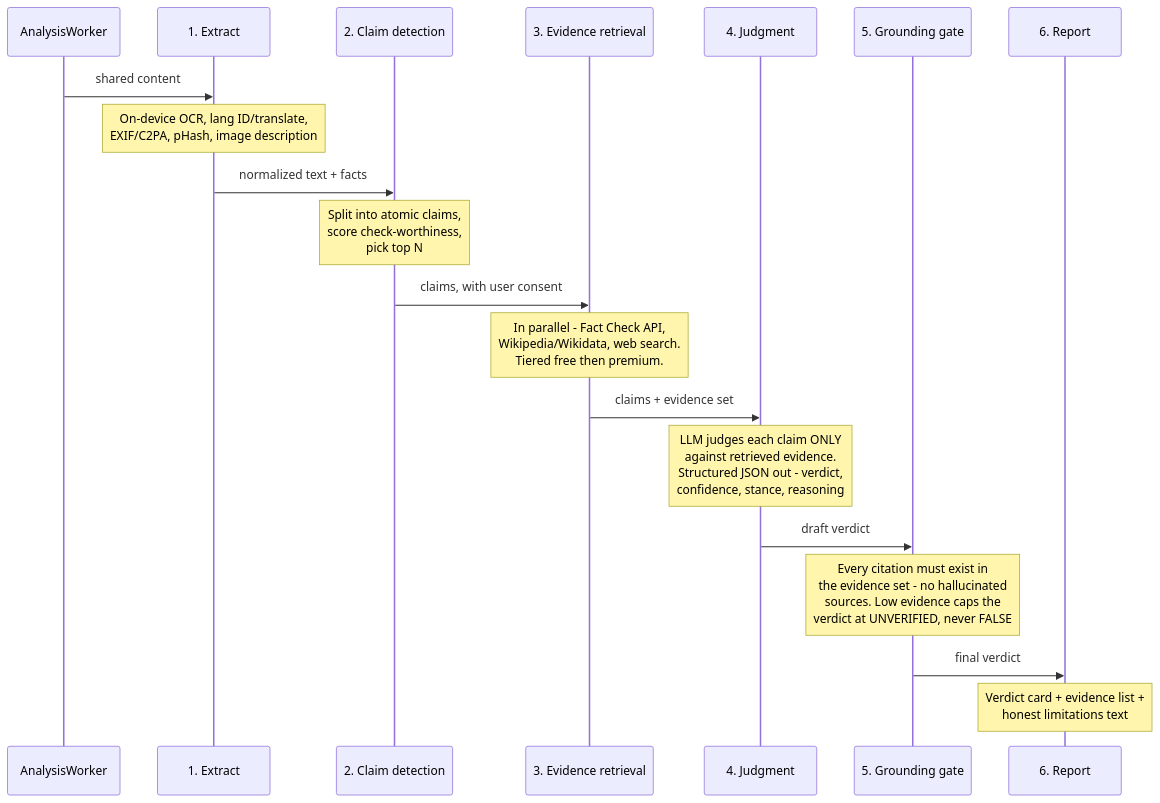
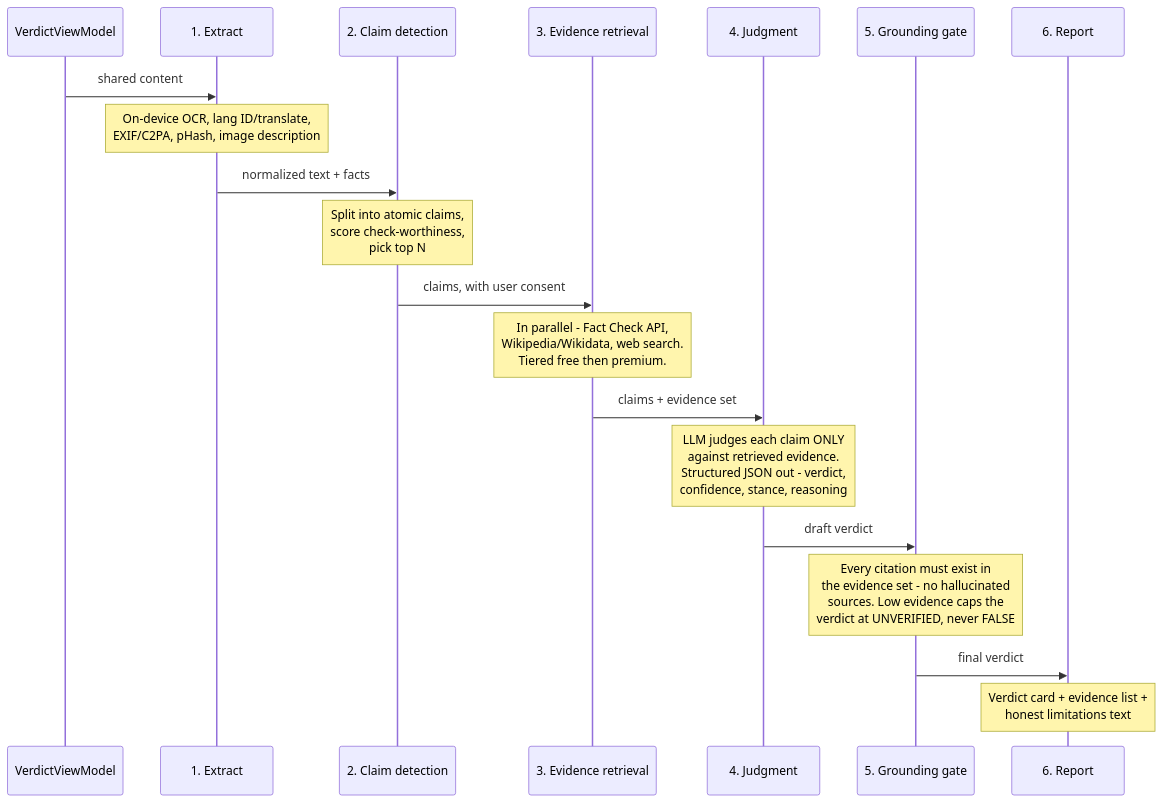
One commit to vipinvangara/truth_guard changed the second of 3 diagrams in docs/ARCHITECTURE.md. Above: the diagram before and after it, drawn with Mermaid. The commit also changed other lines of this file and 20 other files, not shown here.

````diff
--- a/docs/ARCHITECTURE.md
+++ b/docs/ARCHITECTURE.md
@@ -154,23 +154,23 @@
 ```mermaid
 sequenceDiagram
-    participant W as AnalysisWorker
+    participant W as VerdictViewModel
     participant EX as 1. Extract
     participant CL as 2. Claim detection
     participant EV as 3. Evidence retrieval
     participant JG as 4. Judgment
     participant GD as 5. Grounding gate
     participant RP as 6. Report
 
     W->>EX: shared content
     Note over EX: On-device OCR, lang ID/translate,<br/>EXIF/C2PA, pHash, image description
     EX->>CL: normalized text + facts
     Note over CL: Split into atomic claims,<br/>score check-worthiness,<br/>pick top N
     CL->>EV: claims, with user consent
     Note over EV: In parallel - Fact Check API,<br/>Wikipedia/Wikidata, web search.<br/>Tiered free then premium.
     EV->>JG: claims + evidence set
     Note over JG: LLM judges each claim ONLY<br/>against retrieved evidence.<br/>Structured JSON out - verdict,<br/>confidence, stance, reasoning
     JG->>GD: draft verdict
     Note over GD: Every citation must exist in<br/>the evidence set - no hallucinated<br/>sources. Low evidence caps the<br/>verdict at UNVERIFIED, never FALSE
     GD->>RP: final verdict
     Note over RP: Verdict card + evidence list +<br/>honest limitations text
 ```
````
